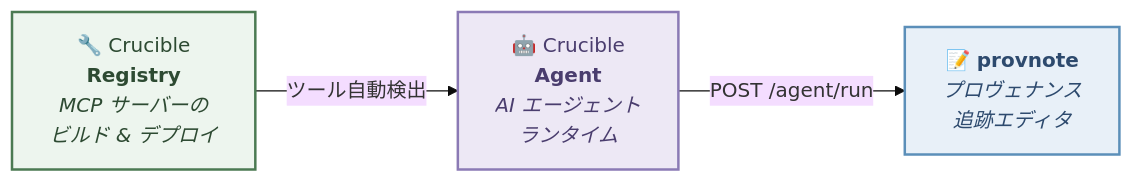
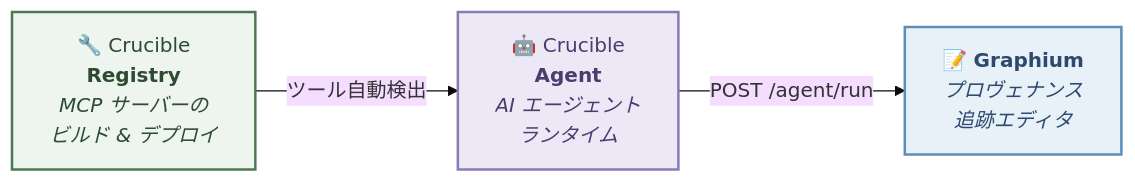
One commit to kumagallium/Crucible changed the second of 2 diagrams in README.ja.md. Above: the diagram before and after it, drawn with Mermaid (base theme). The commit also changed other lines of this file and 1 other file, not shown here.

Commit message:
[docs] Rename provnote to Graphium in READMEs
Update product name, links, and Mermaid diagrams.

````diff
--- a/README.ja.md
+++ b/README.ja.md
@@ -190,13 +190,13 @@
 ```mermaid
 graph LR
     Registry["🔧 Crucible<br/><b>Registry</b><br/><i>MCP サーバーの<br/>ビルド & デプロイ</i>"]
     Agent["🤖 Crucible<br/><b>Agent</b><br/><i>AI エージェント<br/>ランタイム</i>"]
-    provnote["📝 <b>provnote</b><br/><i>プロヴェナンス<br/>追跡エディタ</i>"]
+    Graphium["📝 <b>Graphium</b><br/><i>プロヴェナンス<br/>追跡エディタ</i>"]
 
     Registry -- "ツール自動検出" --> Agent
-    Agent -- "POST /agent/run" --> provnote
+    Agent -- "POST /agent/run" --> Graphium
 
     style Registry fill:#edf5ee,stroke:#4B7A52,stroke-width:2px,color:#2d4a32
     style Agent fill:#ede8f5,stroke:#8b7ab5,stroke-width:2px,color:#4a3d6e
-    style provnote fill:#e8f0f8,stroke:#5b8fb9,stroke-width:2px,color:#2d4a6e
+    style Graphium fill:#e8f0f8,stroke:#5b8fb9,stroke-width:2px,color:#2d4a6e
 ```
````
